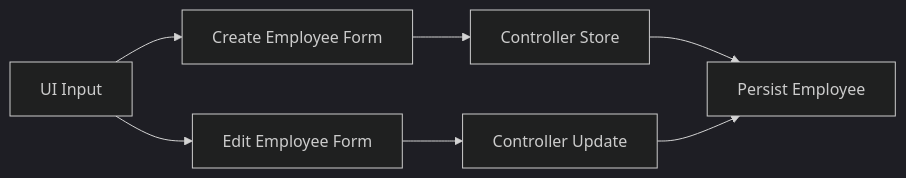
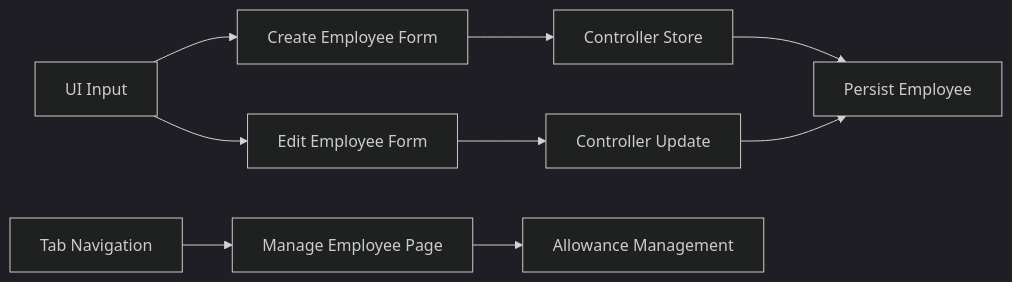
The seventh of 8 diagrams in .qoder/repowiki/en/content/Employee Management/Employee Management.md (vincet0t15/template), drawn with Mermaid (dark theme) before and after one commit. The commit also changed other lines of this file and 7 other files, not shown here.

````diff
--- a/.qoder/repowiki/en/content/Employee Management/Employee Management.md
+++ b/.qoder/repowiki/en/content/Employee Management/Employee Management.md
@@ -337,9 +384,11 @@
 ```mermaid
 graph LR
 UI_Input["UI Input"] --> CreateForm["Create Employee Form"]
 UI_Input --> EditForm["Edit Employee Form"]
+UI_Tabs["Tab Navigation"] --> ManagePage["Manage Employee Page"]
 CreateForm --> ControllerStore["Controller Store"]
 EditForm --> ControllerUpdate["Controller Update"]
 ControllerStore --> ModelPersist["Persist Employee"]
 ControllerUpdate --> ModelPersist
+ManagePage --> AllowanceManagement["Allowance Management"]
 ```
````
